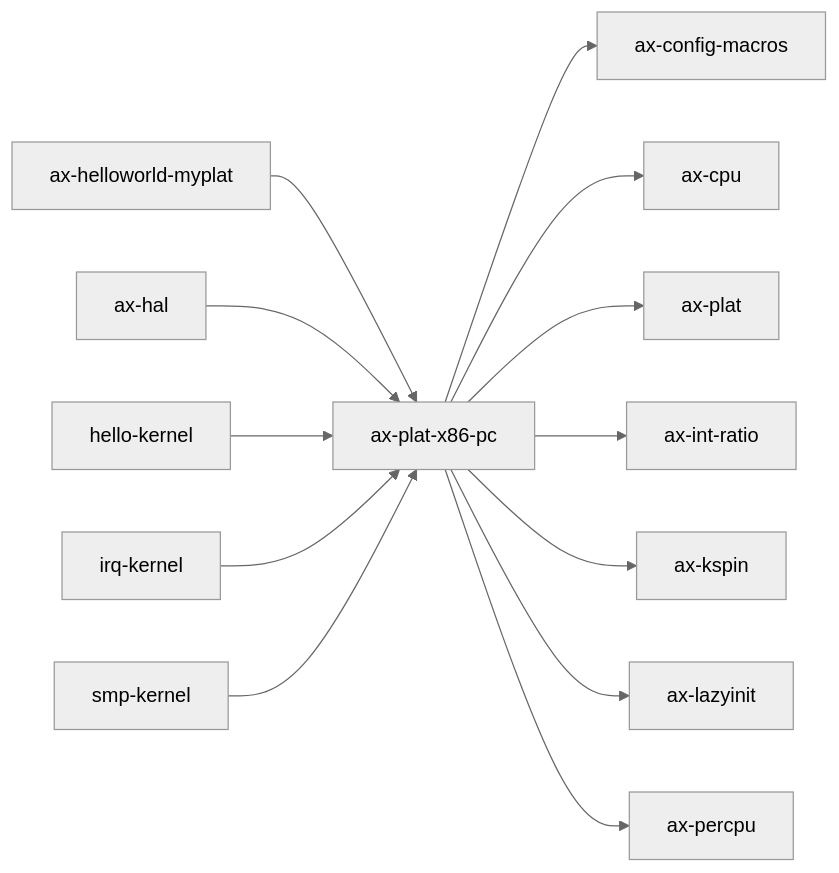
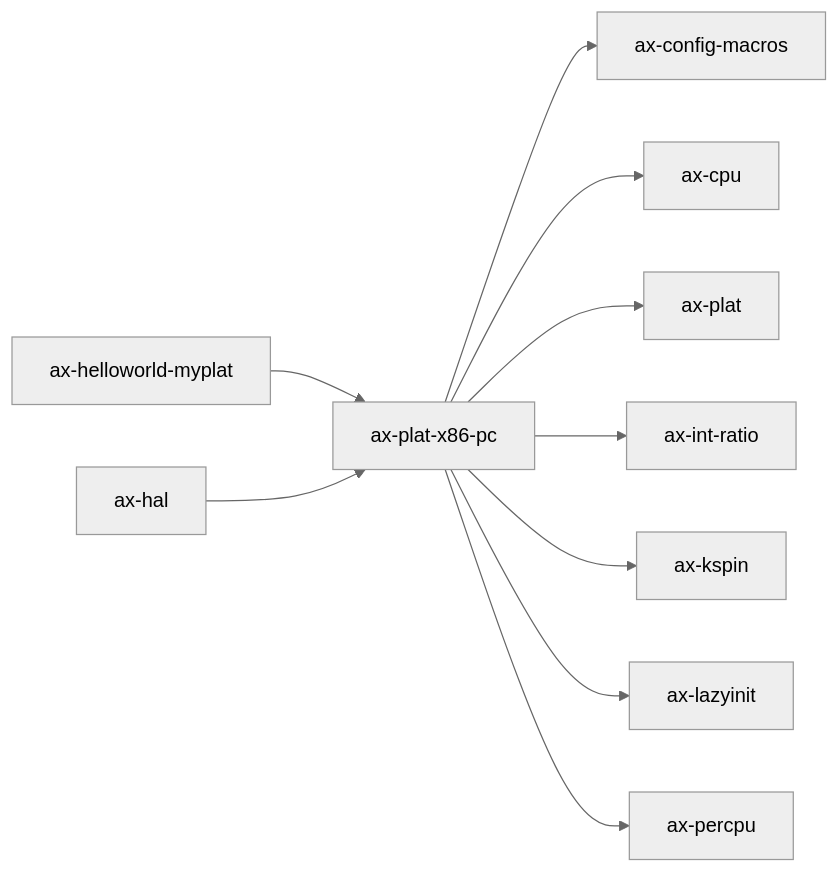
Before and after one commit to rcore-os/tgoskits: the third of 3 diagrams in docs/docs/components/crates/ax-plat-x86-pc.md, drawn with Mermaid (neutral theme). The commit also changed other lines of this file and 42 other files, not shown here.

First line of the commit message:
Remove hello-kernel, irq-kernel, and smp-kernel examples

````diff
--- a/docs/docs/components/crates/ax-plat-x86-pc.md
+++ b/docs/docs/components/crates/ax-plat-x86-pc.md
@@ -238,16 +234,13 @@
 ```mermaid
 graph LR
     current["ax-plat-x86-pc"]
     current --> axconfig_macros["ax-config-macros"]
     current --> ax-cpu["ax-cpu"]
     current --> axplat["ax-plat"]
     current --> ax_int_ratio["ax-int-ratio"]
     current --> ax_kspin["ax-kspin"]
     current --> ax_lazyinit["ax-lazyinit"]
     current --> ax-percpu["ax-percpu"]
     arceos_helloworld_myplat["ax-helloworld-myplat"] --> current
     ax-hal["ax-hal"] --> current
-    hello_kernel["hello-kernel"] --> current
-    irq_kernel["irq-kernel"] --> current
-    smp_kernel["smp-kernel"] --> current
 ```
````
